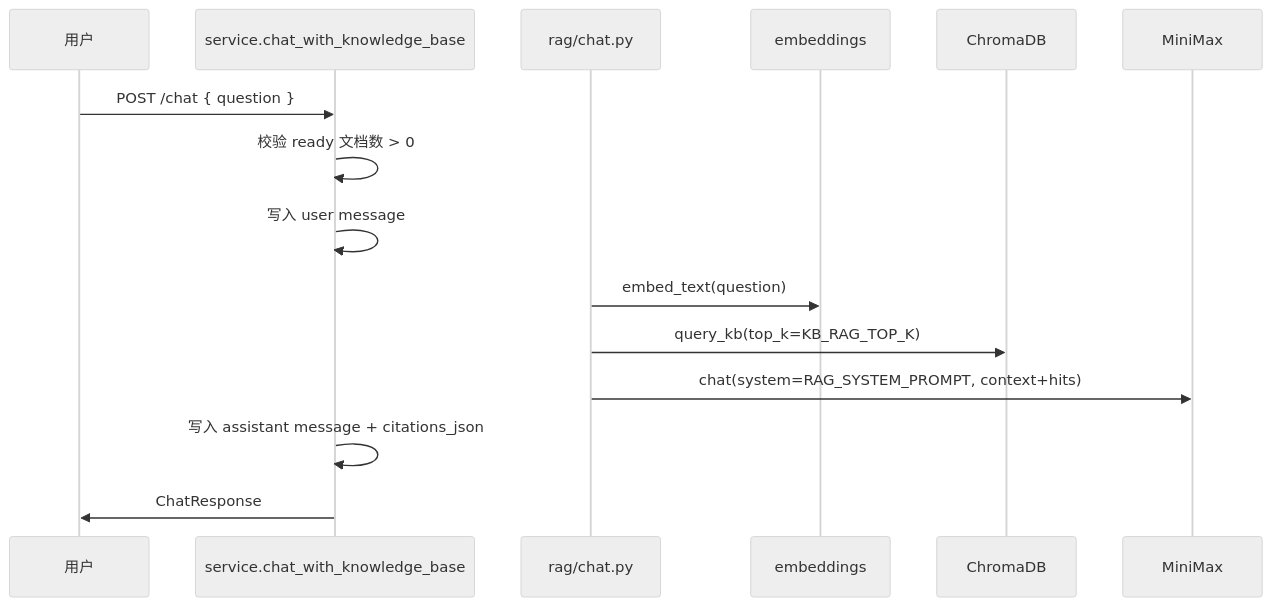
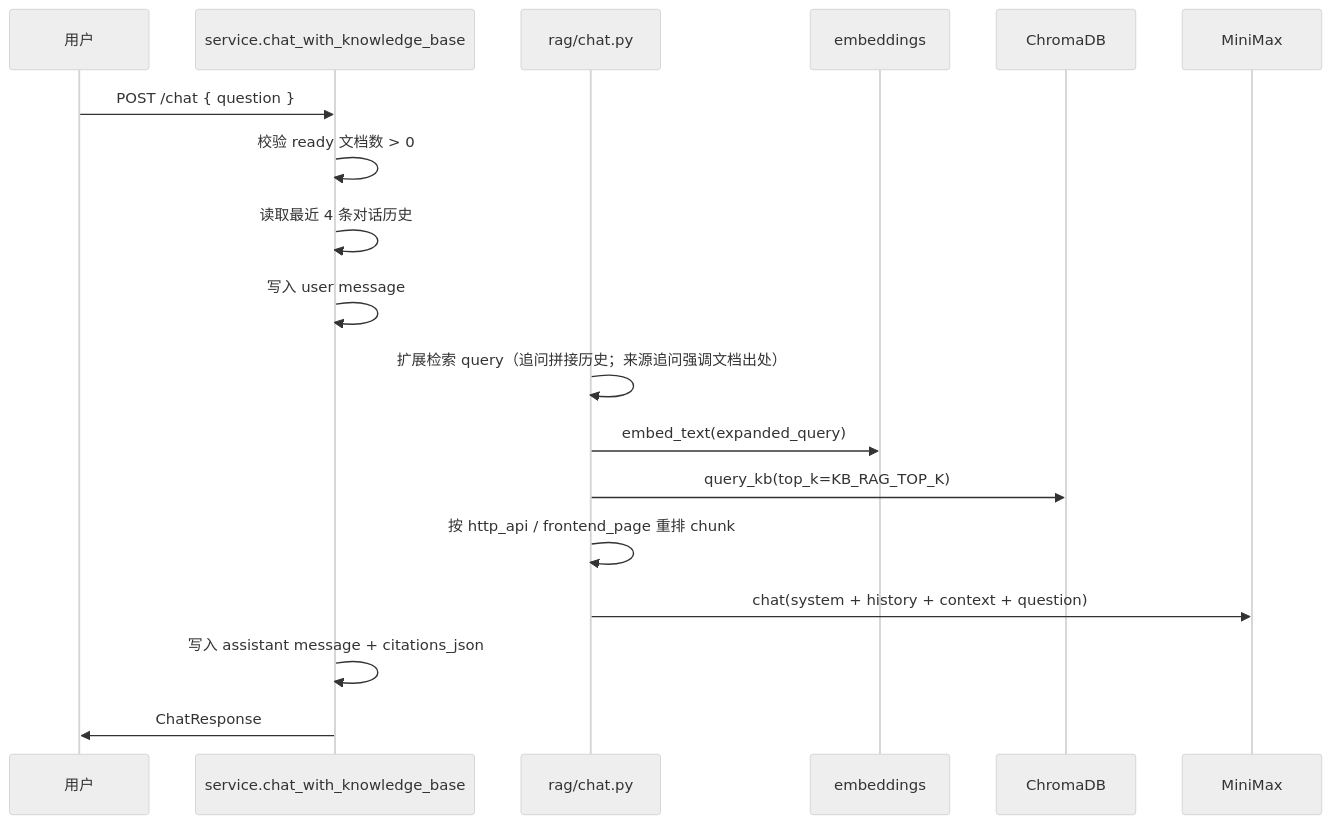
The third of 3 diagrams in doc/dev/modules/knowledge_base.md (StupidArthur/testai_community), drawn with Mermaid (neutral theme) before and after one commit. The commit also changed other lines of this file and 128 other files, not shown here.

````diff
--- a/doc/dev/modules/knowledge_base.md
+++ b/doc/dev/modules/knowledge_base.md
@@ -121,18 +121,21 @@
 ```mermaid
 sequenceDiagram
   participant U as 用户
   participant S as service.chat_with_knowledge_base
   participant R as rag/chat.py
   participant E as embeddings
   participant C as ChromaDB
   participant M as MiniMax
 
   U->>S: POST /chat { question }
   S->>S: 校验 ready 文档数 > 0
+  S->>S: 读取最近 4 条对话历史
   S->>S: 写入 user message
-  R->>E: embed_text(question)
+  R->>R: 扩展检索 query（追问拼接历史；来源追问强调文档出处）
+  R->>E: embed_text(expanded_query)
   R->>C: query_kb(top_k=KB_RAG_TOP_K)
-  R->>M: chat(system=RAG_SYSTEM_PROMPT, context+hits)
+  R->>R: 按 http_api / frontend_page 重排 chunk
+  R->>M: chat(system + history + context + question)
   S->>S: 写入 assistant message + citations_json
   S->>U: ChatResponse
 ```
````
